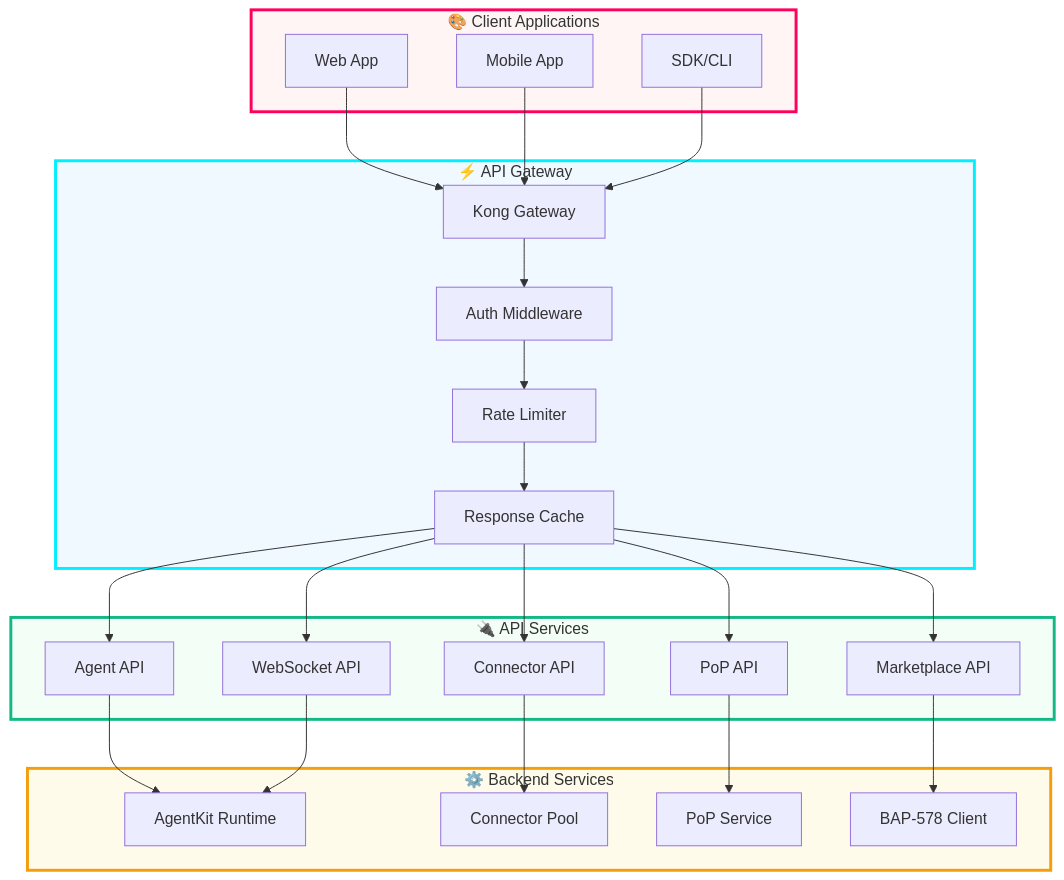
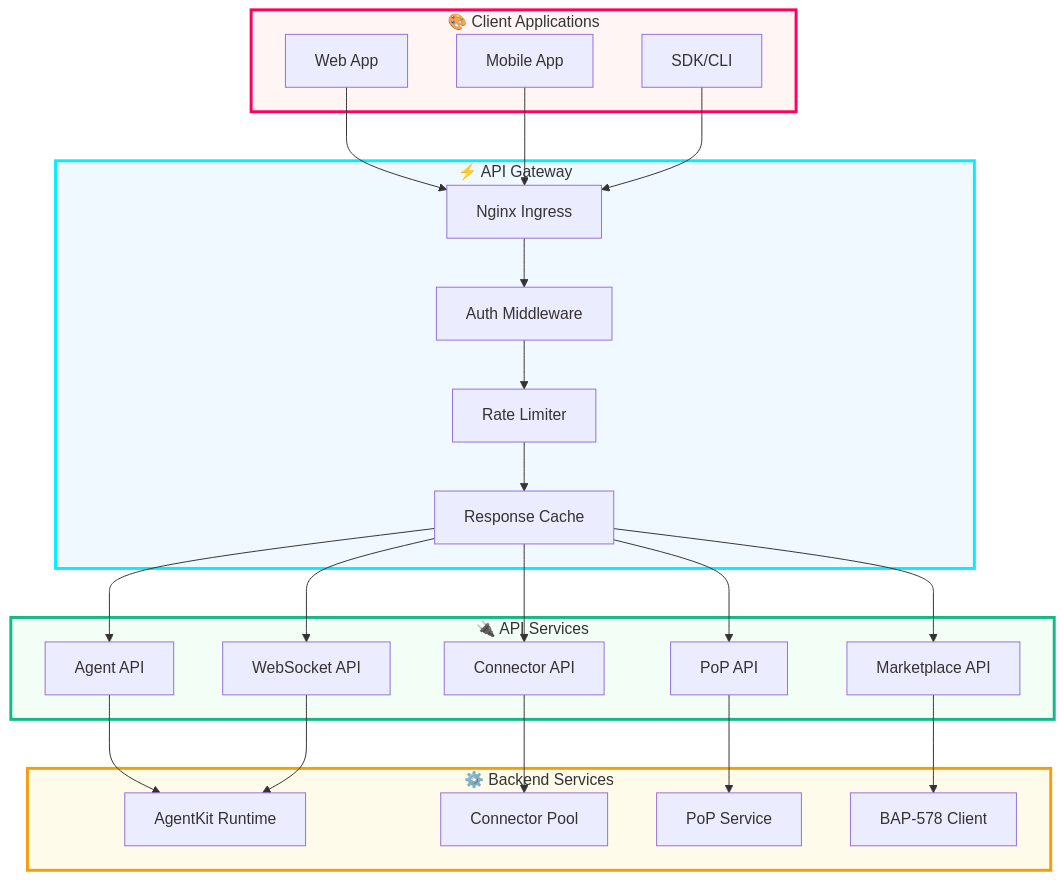
One commit to christelbuchanan/nfa-agentkit-playbook changed the first of 5 diagrams in API.md. Above: the diagram before and after it, drawn with Mermaid. The commit also changed 2 other files, not shown here.

Commit message:
chore: improvement

````diff
--- a/API.md
+++ b/API.md
@@ -38,55 +38,55 @@
 ```mermaid
 graph TB
     subgraph CLIENT["🎨 Client Applications"]
         WEB["Web App"]
         MOBILE["Mobile App"]
         SDK["SDK/CLI"]
     end
 
     subgraph GATEWAY["⚡ API Gateway"]
-        KONG["Kong Gateway"]
+        NGINX["Nginx Ingress"]
         AUTH["Auth Middleware"]
         RATE["Rate Limiter"]
         CACHE["Response Cache"]
     end
 
     subgraph APIS["🔌 API Services"]
         AGENT["Agent API"]
         CONNECTOR["Connector API"]
         POP["PoP API"]
         MARKET["Marketplace API"]
         WS["WebSocket API"]
     end
 
     subgraph BACKEND["⚙️ Backend Services"]
         AGENTKIT["AgentKit Runtime"]
         CONNPOOL["Connector Pool"]
         POPSERV["PoP Service"]
         BAP578["BAP-578 Client"]
     end
 
-    WEB --> KONG
-    MOBILE --> KONG
-    SDK --> KONG
+    WEB --> NGINX
+    MOBILE --> NGINX
+    SDK --> NGINX
 
-    KONG --> AUTH
+    NGINX --> AUTH
     AUTH --> RATE
     RATE --> CACHE
 
     CACHE --> AGENT
     CACHE --> CONNECTOR
     CACHE --> POP
     CACHE --> MARKET
     CACHE --> WS
 
     AGENT --> AGENTKIT
     CONNECTOR --> CONNPOOL
     POP --> POPSERV
     MARKET --> BAP578
     WS --> AGENTKIT
 
     style CLIENT fill:#fff5f5,stroke:#FF005C,stroke-width:3px
     style GATEWAY fill:#f0f9ff,stroke:#00F0FF,stroke-width:3px
     style APIS fill:#f3fff6,stroke:#12b886,stroke-width:3px
     style BACKEND fill:#fffbeb,stroke:#f59e0b,stroke-width:3px
 ```
````
